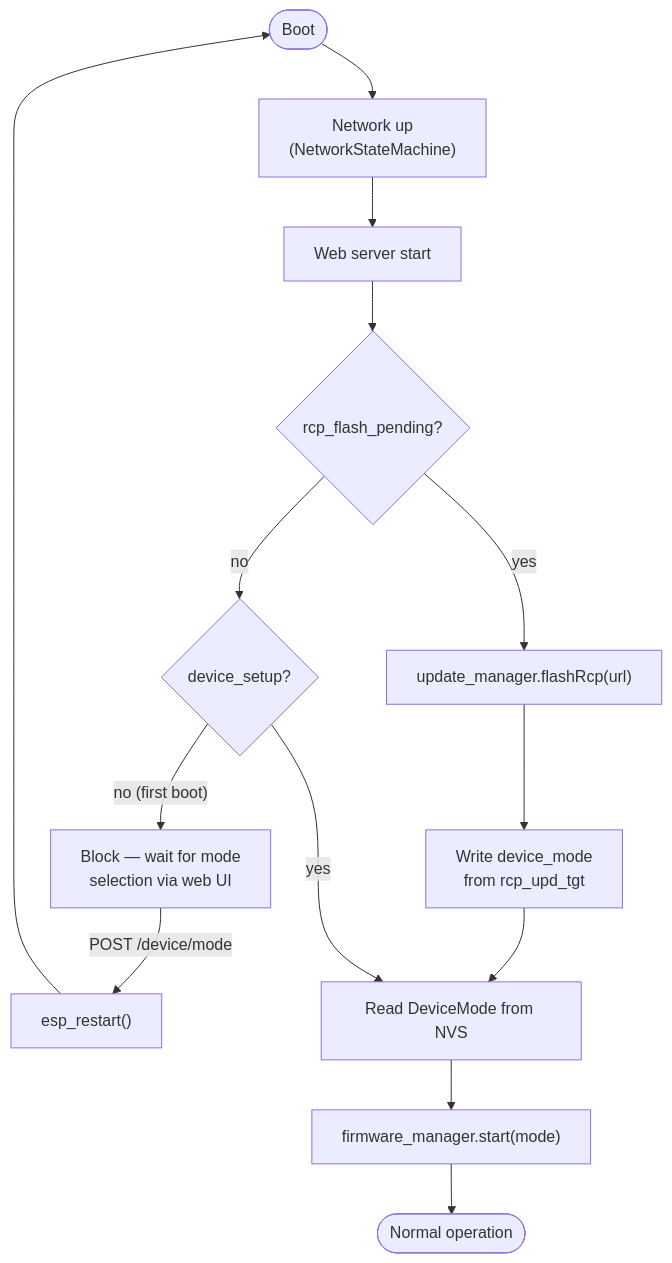
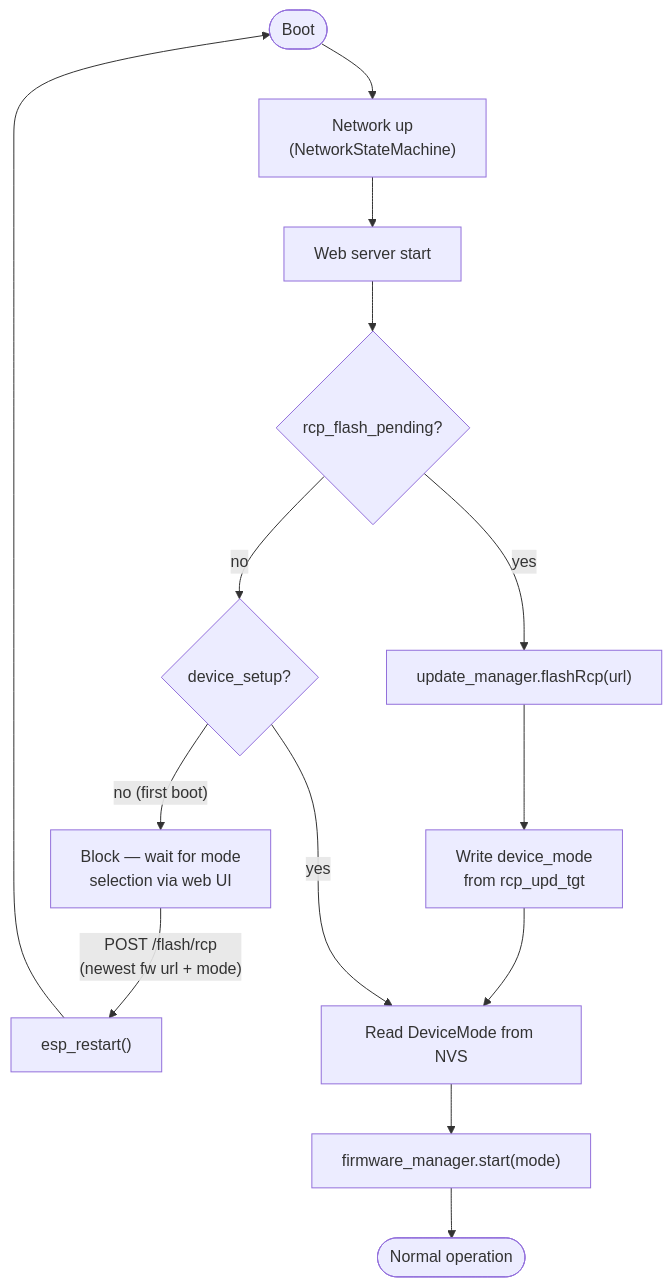
Before and after one commit to codm/czc-unified: the second of 2 diagrams in README.md, drawn with Mermaid.

````diff
--- a/README.md
+++ b/README.md
@@ -531,20 +531,20 @@
 ```mermaid
 flowchart TD
     boot(["Boot"])
     net["Network up\n(NetworkStateMachine)"]
     web["Web server start"]
     q1{"rcp_flash_pending?"}
     flash["update_manager.flashRcp(url)"]
     q2{"device_setup?"}
     wait["Block — wait for mode\nselection via web UI"]
     rb["esp_restart()"]
     q3["Read DeviceMode from NVS"]
     start["firmware_manager.start(mode)"]
     run(["Normal operation"])
 
     boot --> net --> web --> q1
     q1 -->|yes| flash --> setmode["Write device_mode\nfrom rcp_upd_tgt"] --> q3
     q1 -->|no| q2
-    q2 -->|"no (first boot)"| wait -->|"POST /device/mode"| rb --> boot
+    q2 -->|"no (first boot)"| wait -->|"POST /flash/rcp\n(newest fw url + mode)"| rb --> boot
     q2 -->|yes| q3 --> start --> run
 ```
````
